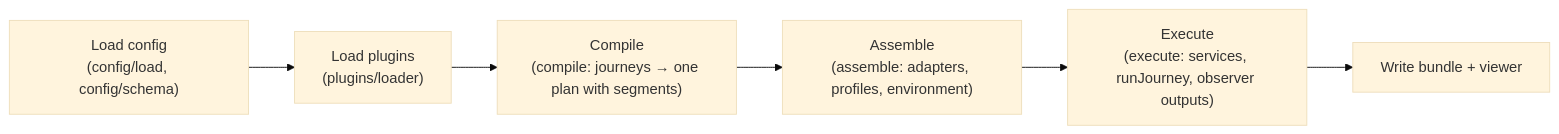
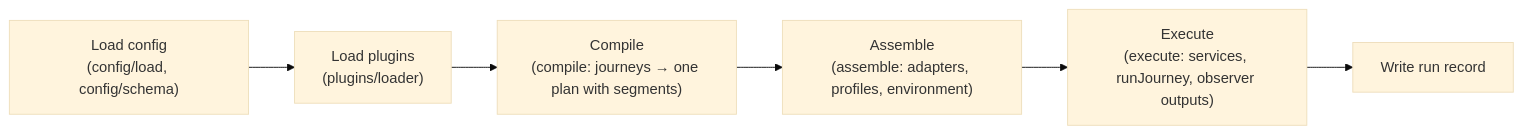
One commit to openuji/journey-mesh changed the sixth of 6 diagrams in README.md. Above: the diagram before and after it, drawn with Mermaid (base theme). The commit also changed other lines of this file and 208 other files, not shown here.

````diff
--- a/README.md
+++ b/README.md
@@ -245,8 +237,8 @@
 ```mermaid
 flowchart LR
   config["Load config<br/>(config/load, config/schema)"] --> plugins["Load plugins<br/>(plugins/loader)"]
   plugins --> compile["Compile<br/>(compile: journeys → one plan with segments)"]
   compile --> assemble["Assemble<br/>(assemble: adapters, profiles, environment)"]
   assemble --> execute["Execute<br/>(execute: services, runJourney, observer outputs)"]
-  execute --> bundle["Write bundle + viewer"]
+  execute --> record["Write run record"]
 ```
````
